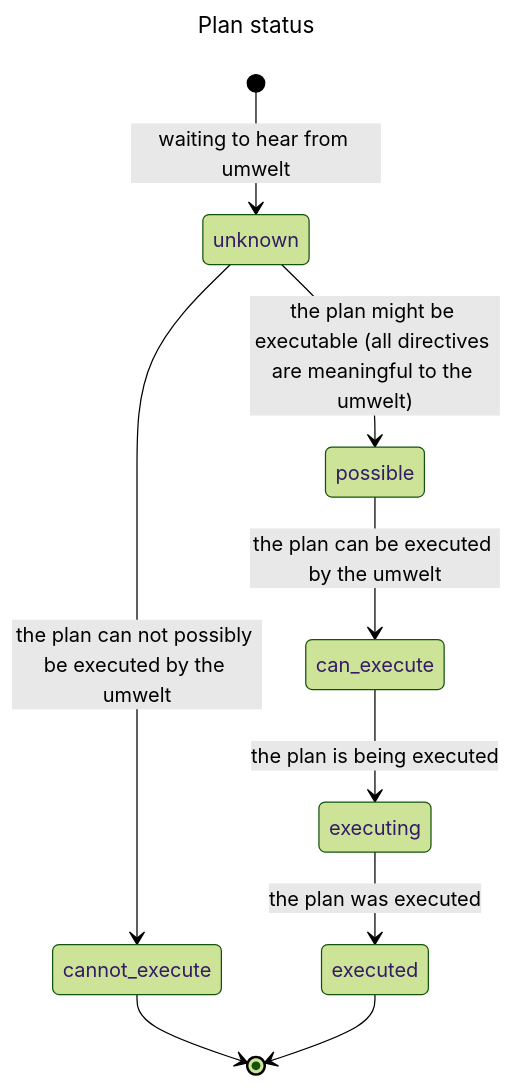
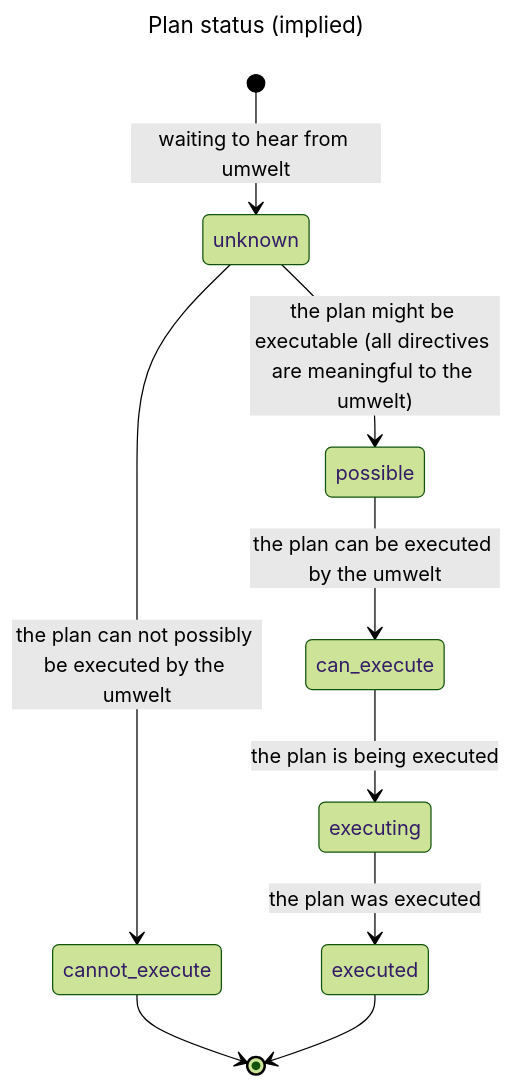
One commit to jfcloutier/karma_system changed the third of 3 diagrams in design_notes/acting.md. Above: the diagram before and after it, drawn with Mermaid (forest theme). The commit also changed other lines of this file and 1 other file, not shown here.

````diff
--- a/design_notes/acting.md
+++ b/design_notes/acting.md
@@ -272,14 +270,14 @@
 ```mermaid
 ---
-title: Plan status
+title: Plan status (implied)
 ---
 stateDiagram-v2
   [*] --> unknown : waiting to hear from umwelt
   unknown --> possible : the plan might be executable (all directives are meaningful to the umwelt)
   unknown --> cannot_execute : the plan can not possibly be executed by the umwelt
   cannot_execute --> [*]
   possible --> can_execute : the plan can be executed by the umwelt
   can_execute --> executing : the plan is being executed
   executing --> executed : the plan was executed
   executed --> [*]
 ```
````
